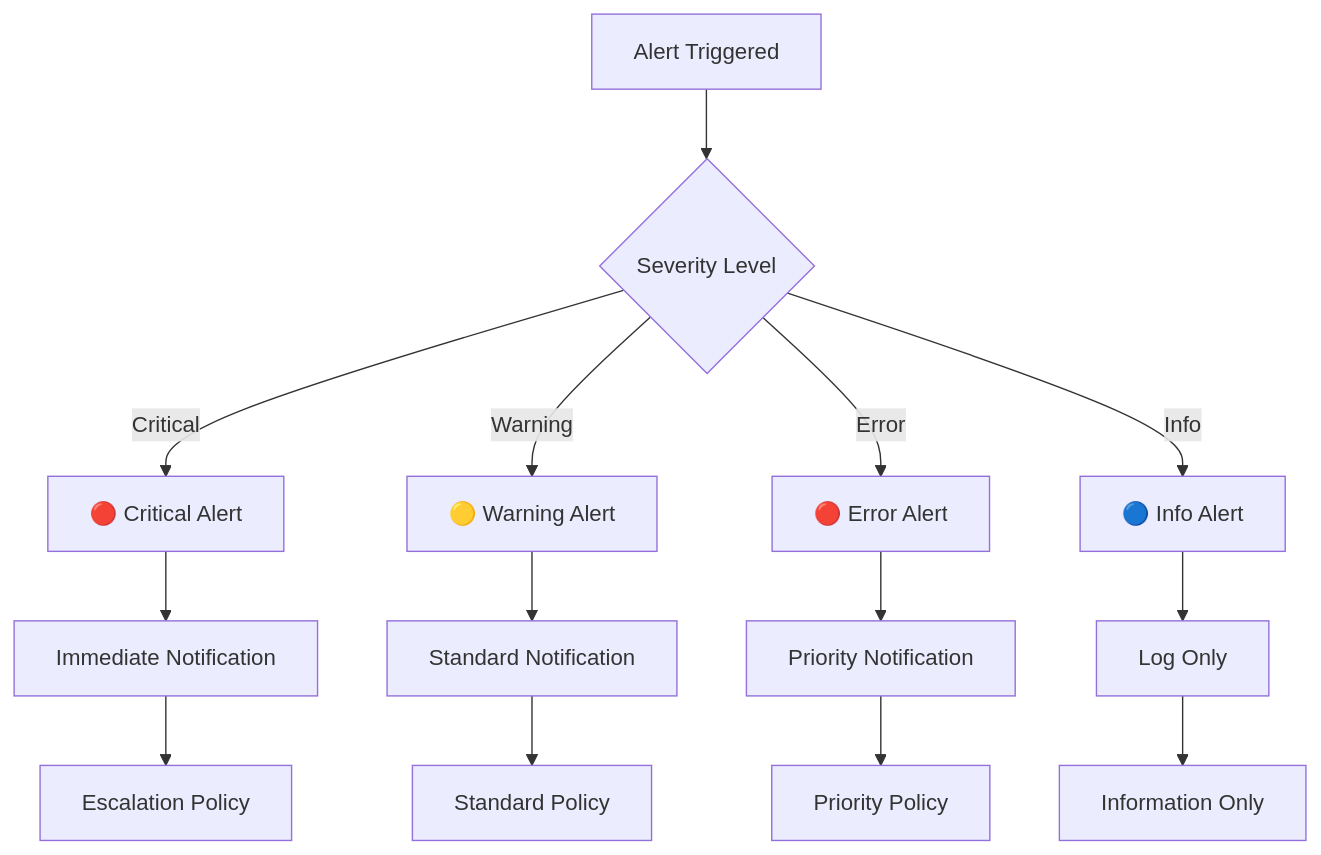
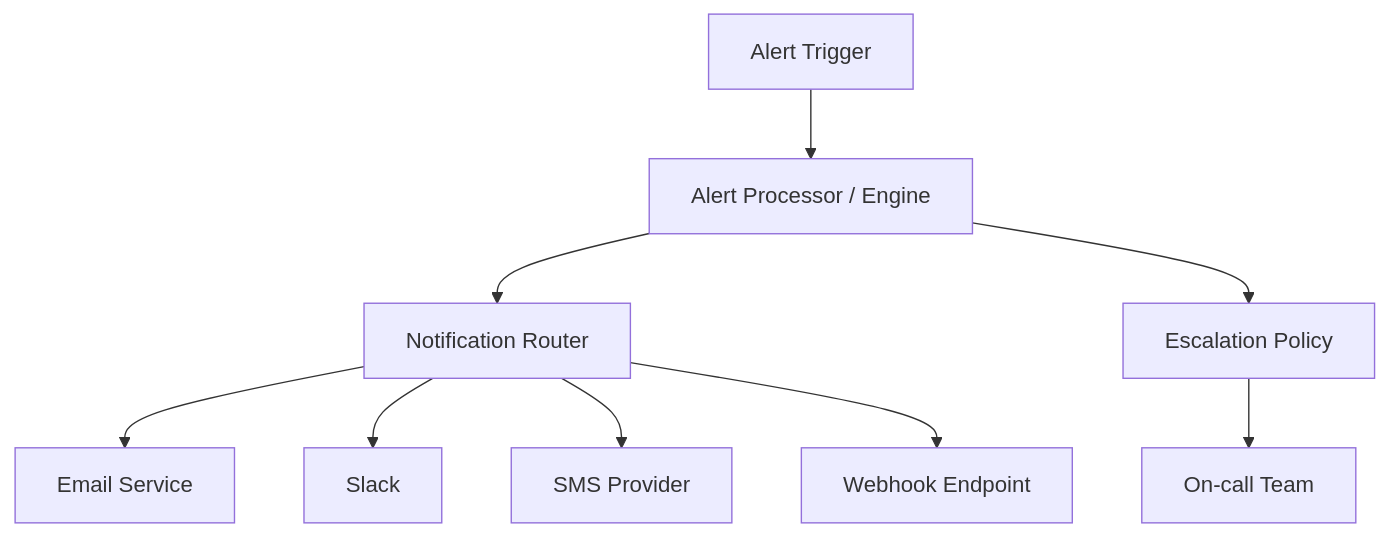
One commit to ShanKonduru/agent_monitor changed the second of 9 diagrams in docs/PULSEGUARD_COMPREHENSIVE_DOCUMENTATION.md. Above: the diagram before and after it, drawn with Mermaid. The commit also changed other lines of this file and 9338 other files, not shown here.

````diff
--- a/docs/PULSEGUARD_COMPREHENSIVE_DOCUMENTATION.md
+++ b/docs/PULSEGUARD_COMPREHENSIVE_DOCUMENTATION.md
@@ -265,18 +203,21 @@
 ```mermaid
 graph TD
-    A[Alert Triggered] --> B{Severity Level}
-    B -->|Critical| C[🔴 Critical Alert]
-    B -->|Warning| D[🟡 Warning Alert]
-    B -->|Error| E[🔴 Error Alert]
-    B -->|Info| F[🔵 Info Alert]
-    
-    C --> G[Immediate Notification]
-    D --> H[Standard Notification]
-    E --> I[Priority Notification]
-    F --> J[Log Only]
-    
-    G --> K[Escalation Policy]
-    H --> L[Standard Policy]
-    I --> M[Priority Policy]
-    J --> N[Information Only]
+  Trigger[Alert Trigger]
+  Processor[Alert Processor / Engine]
+  Router[Notification Router]
+  Email[Email Service]
+  Slack[Slack]
+  SMS[SMS Provider]
+  Webhook[Webhook Endpoint]
+  Escalation[Escalation Policy]
+  Ops[On-call Team]
+
+  Trigger --> Processor
+  Processor --> Router
+  Router --> Email
+  Router --> Slack
+  Router --> SMS
+  Router --> Webhook
+  Processor --> Escalation
+  Escalation --> Ops
 ```
````
